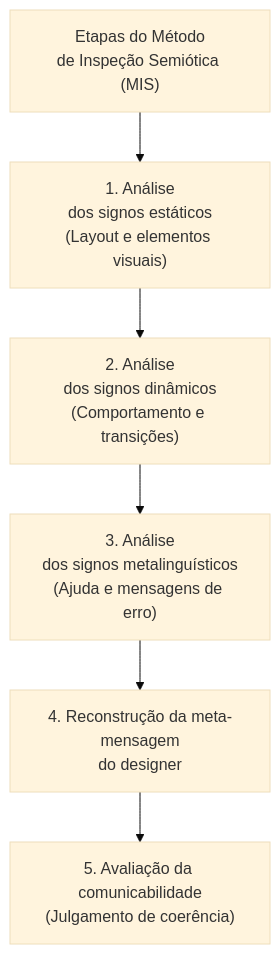
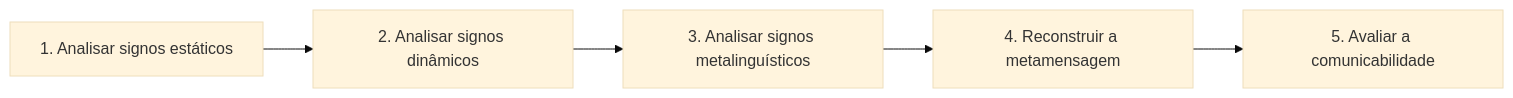
Before and after one commit to leorruas/puc: the first of 2 diagrams in 08. Design de Interacao/21. Avaliação da comunicabilidade - método de inspeção semiótica mis e método de avaliação da comunicabilidade mac.md, drawn with Mermaid (base theme). The commit also changed other lines of this file, not shown here.

Commit message:
Corrige e normaliza protocolos MIS e MAC

````diff
--- a/08. Design de Interacao/21. Avaliação da comunicabilidade - método de inspeção semiótica mis e método de avaliação da comunicabilidade mac.md
+++ b/08. Design de Interacao/21. Avaliação da comunicabilidade - método de inspeção semiótica mis e método de avaliação da comunicabilidade mac.md
@@ -57,8 +56,13 @@
 ```mermaid
-flowchart TD
-    MIS["Etapas do Método<br>de Inspeção Semiótica (MIS)"] --> E1["1. Análise<br>dos signos estáticos<br>(Layout e elementos visuais)"]
-    E1 --> E2["2. Análise<br>dos signos dinâmicos<br>(Comportamento e transições)"]
-    E2 --> E3["3. Análise<br>dos signos metalinguísticos<br>(Ajuda e mensagens de erro)"]
-    E3 --> S3["4. Reconstrução da meta-mensagem<br>do designer"]
-    S3 --> E5["5. Avaliação da comunicabilidade<br>(Julgamento de coerência)"]
+flowchart LR
+    Estaticos["1. Analisar signos estáticos"]:::component
+    Dinamicos["2. Analisar signos dinâmicos"]:::component
+    Metaling["3. Analisar signos metalinguísticos"]:::component
+    Metamensagem["4. Reconstruir a metamensagem"]:::core
+    Avaliar["5. Avaliar a comunicabilidade"]:::data
+
+    Estaticos --> Dinamicos
+    Dinamicos --> Metaling
+    Metaling --> Metamensagem
+    Metamensagem --> Avaliar
 ```
````
